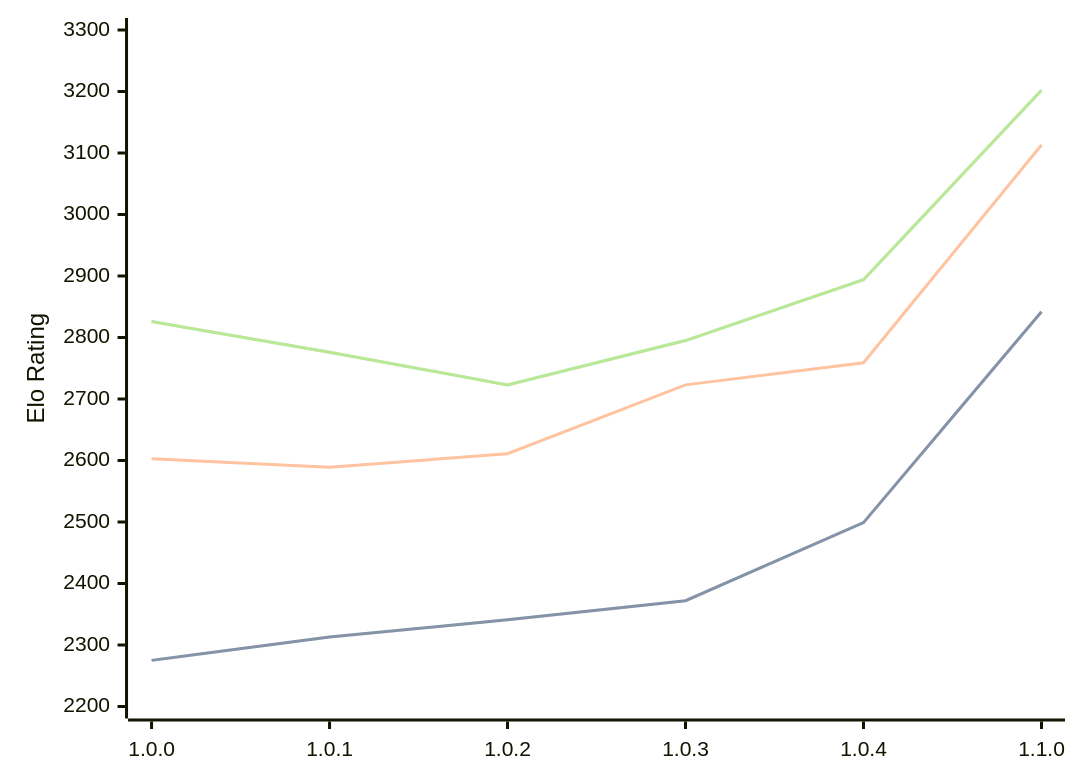
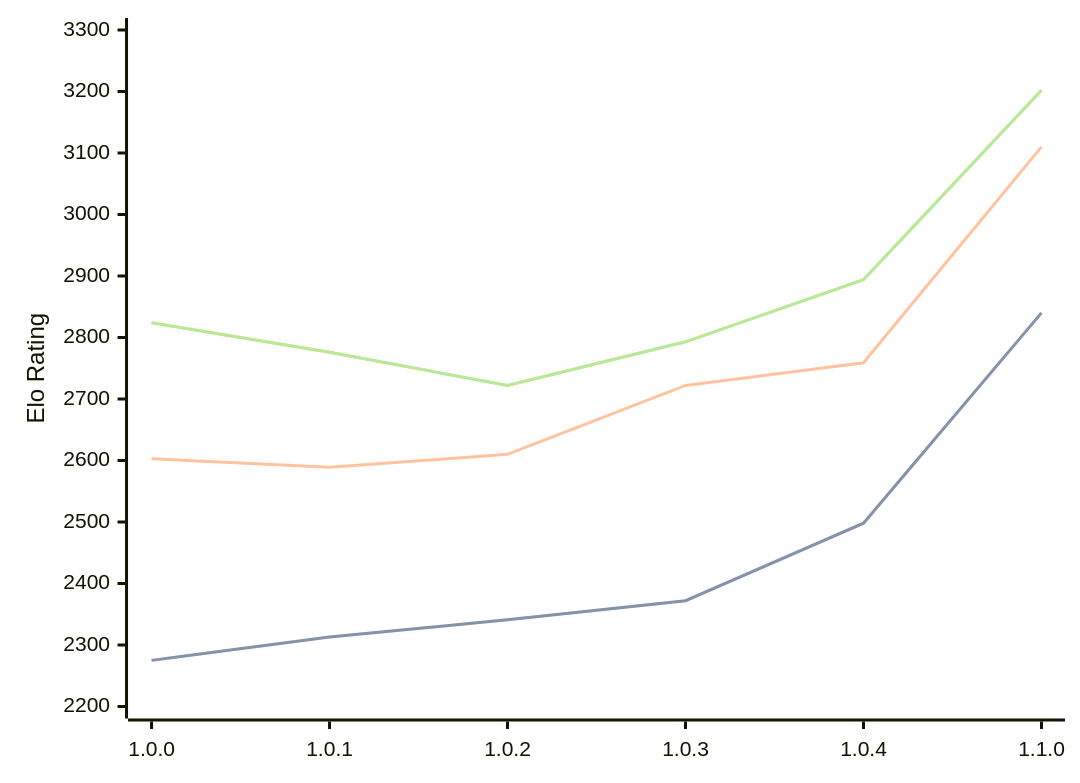
One commit to computer-chess-index/cci changed the diagram in engines/Grail.md. Above: the diagram before and after it, drawn with Mermaid. The commit also changed other lines of this file, not shown here.

Commit message:
Update CCI Ratings (ELO VLTC) - 2026-03-17

````diff
--- a/engines/Grail.md
+++ b/engines/Grail.md
@@ -34,11 +34,11 @@
 ```mermaid
 %%{init: {"theme":"base","themeVariables":{"seriesColors:['#a3a3a3','#222221','#faa371']}}}%%
 xychart-beta
   x-axis ["1.0.0", "1.0.1", "1.0.2", "1.0.3", "1.0.4", "1.1.0"]
   y-axis "Elo Rating" 2200 --> 3300
-  line "STC (8.0+0.08s)" [2275, 2313, 2341, 2372, 2499, 2842]
-  line "STC (8.0+0.08s)" [2275, 2313, 2341, 2372, 2499, 2842]
-  line "LTC (60.0+0.60s)" [2603, 2589, 2611, 2723, 2759, 3113]
-  line "VLTC (2m24s+1.12s)" [2826, 2776, 2723, 2795, 2894, 3202]
-  line "VLTC (2m24s+1.12s)" [2826, 2776, 2723, 2795, 2894, 3202]
+  line "STC (8.0+0.08s)" [2275, 2313, 2341, 2372, 2498, 2840]
+  line "STC (8.0+0.08s)" [2275, 2313, 2341, 2372, 2498, 2840]
+  line "LTC (60.0+0.60s)" [2603, 2589, 2610, 2722, 2759, 3110]
+  line "VLTC (2m24s+1.12s)" [2824, 2776, 2722, 2793, 2894, 3202]
+  line "VLTC (2m24s+1.12s)" [2824, 2776, 2722, 2793, 2894, 3202]
 ```
````
